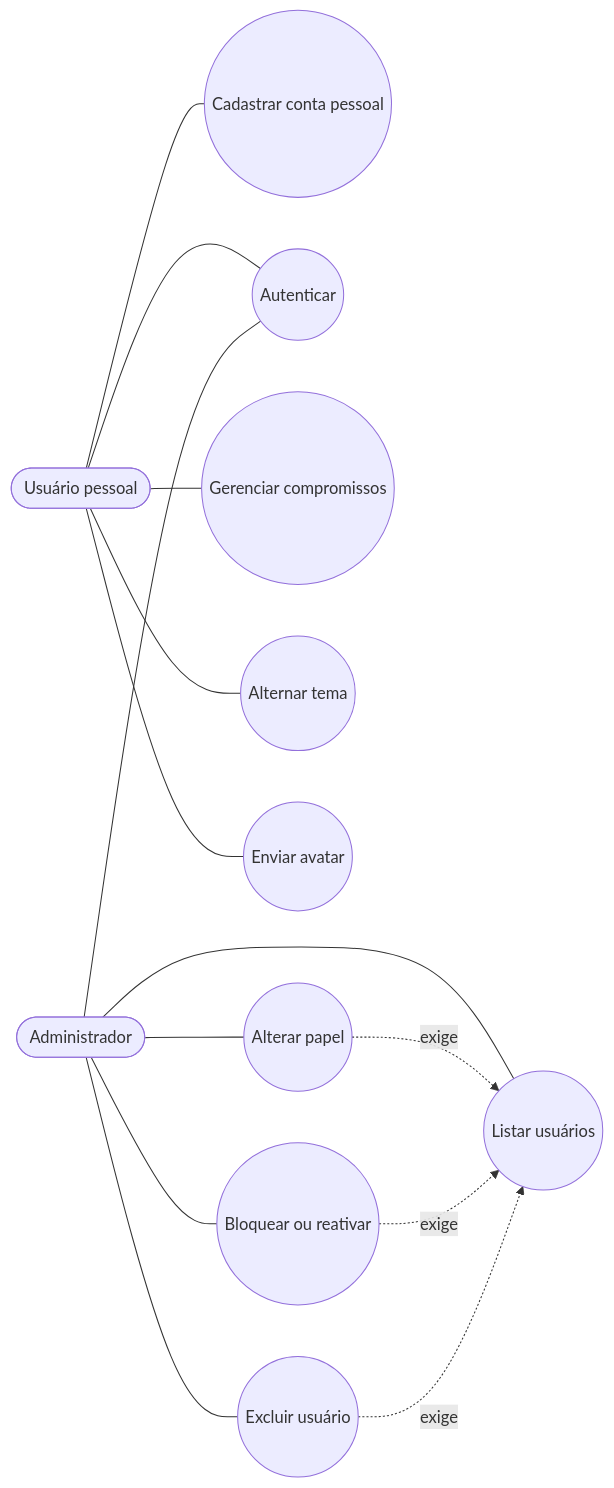
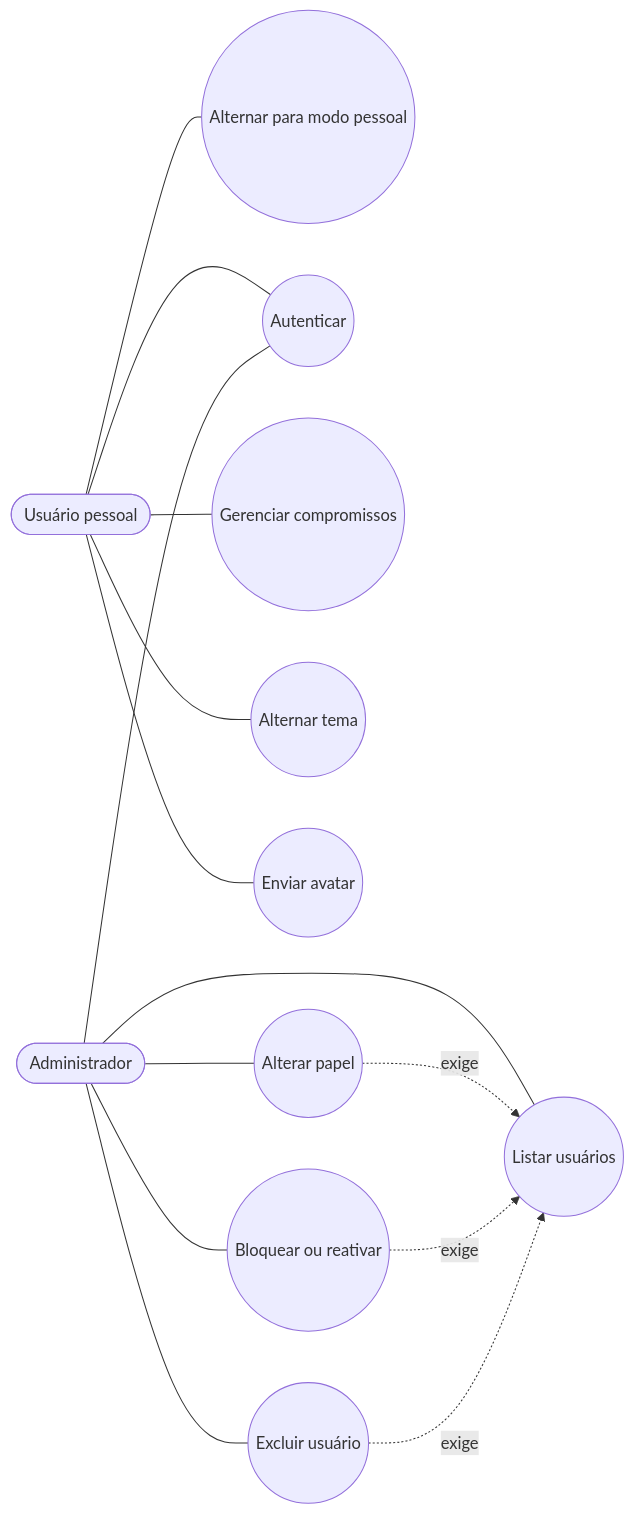
Before and after one commit to Luizbc2/Horarius: the third of 7 diagrams in docs/DIAGRAMS.md, drawn with Mermaid. The commit also changed other lines of this file and 20 other files, not shown here.

````diff
--- a/docs/DIAGRAMS.md
+++ b/docs/DIAGRAMS.md
@@ -175,28 +175,28 @@
 ```mermaid
 flowchart LR
     Pessoal([Usuário pessoal])
     Admin([Administrador])
-    UC1((Cadastrar conta pessoal))
+    UC1((Alternar para modo pessoal))
     UC2((Autenticar))
     UC3((Gerenciar compromissos))
     UC4((Alternar tema))
     UC5((Enviar avatar))
     UC6((Listar usuários))
     UC7((Alterar papel))
     UC8((Bloquear ou reativar))
     UC9((Excluir usuário))
 
     Pessoal --- UC1
     Pessoal --- UC2
     Pessoal --- UC3
     Pessoal --- UC4
     Pessoal --- UC5
     Admin --- UC2
     Admin --- UC6
     Admin --- UC7
     Admin --- UC8
     Admin --- UC9
     UC7 -. exige .-> UC6
     UC8 -. exige .-> UC6
     UC9 -. exige .-> UC6
 ```
````
